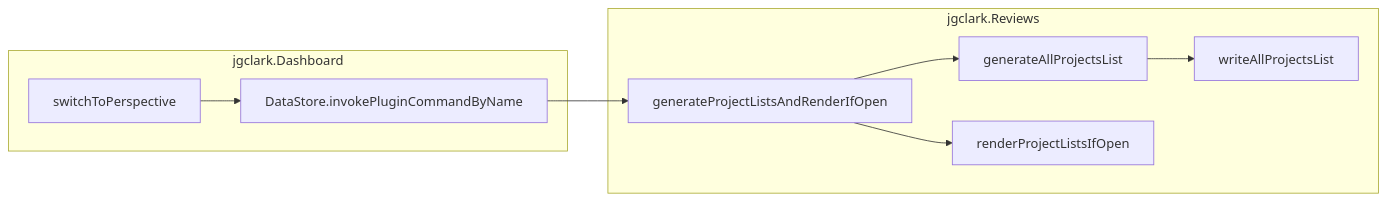
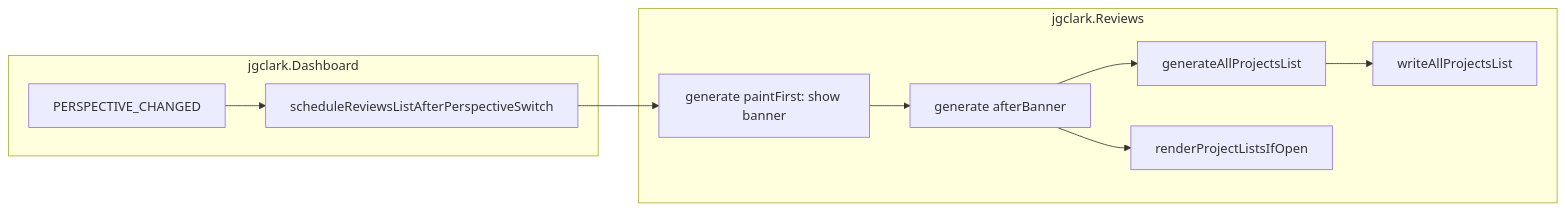
Before and after one commit to NotePlan/plugins: the first of 5 diagrams in jgclark.Reviews/ARCHITECTURE-Comms_with_Dashboard.md, drawn with Mermaid. The commit also changed other lines of this file and 20 other files, not shown here.

````diff
--- a/jgclark.Reviews/ARCHITECTURE-Comms_with_Dashboard.md
+++ b/jgclark.Reviews/ARCHITECTURE-Comms_with_Dashboard.md
@@ -53,17 +53,19 @@
 ```mermaid
 flowchart LR
   subgraph dashboardPlugin [jgclark.Dashboard]
-    switchToPerspective["switchToPerspective"]
-    invokeDToP["DataStore.invokePluginCommandByName"]
-    switchToPerspective --> invokeDToP
+    switchToPerspective["PERSPECTIVE_CHANGED"]
+    scheduleXcb["scheduleReviewsListAfterPerspectiveSwitch"]
+    switchToPerspective --> scheduleXcb
   end
   subgraph reviewsPlugin [jgclark.Reviews]
-    genOpen["generateProjectListsAndRenderIfOpen"]
+    paintFirst["generate paintFirst: show banner"]
+    afterBanner["generate afterBanner"]
     genAll["generateAllProjectsList"]
     writeList["writeAllProjectsList"]
     renderIfOpen["renderProjectListsIfOpen"]
-    invokeDToP --> genOpen
-    genOpen --> genAll --> writeList
-    genOpen --> renderIfOpen
+    scheduleXcb --> paintFirst
+    paintFirst --> afterBanner
+    afterBanner --> genAll --> writeList
+    afterBanner --> renderIfOpen
   end
 ```
````
